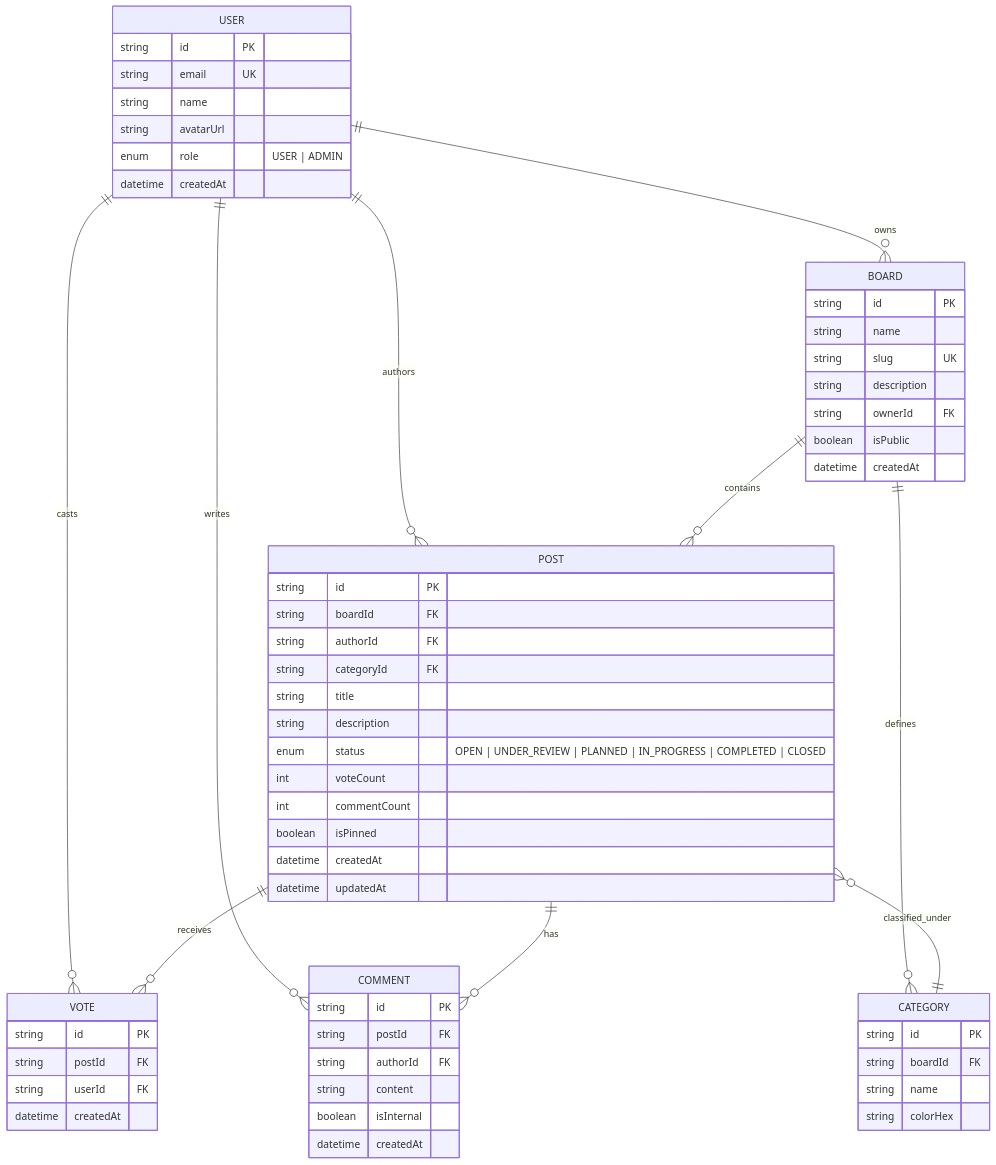
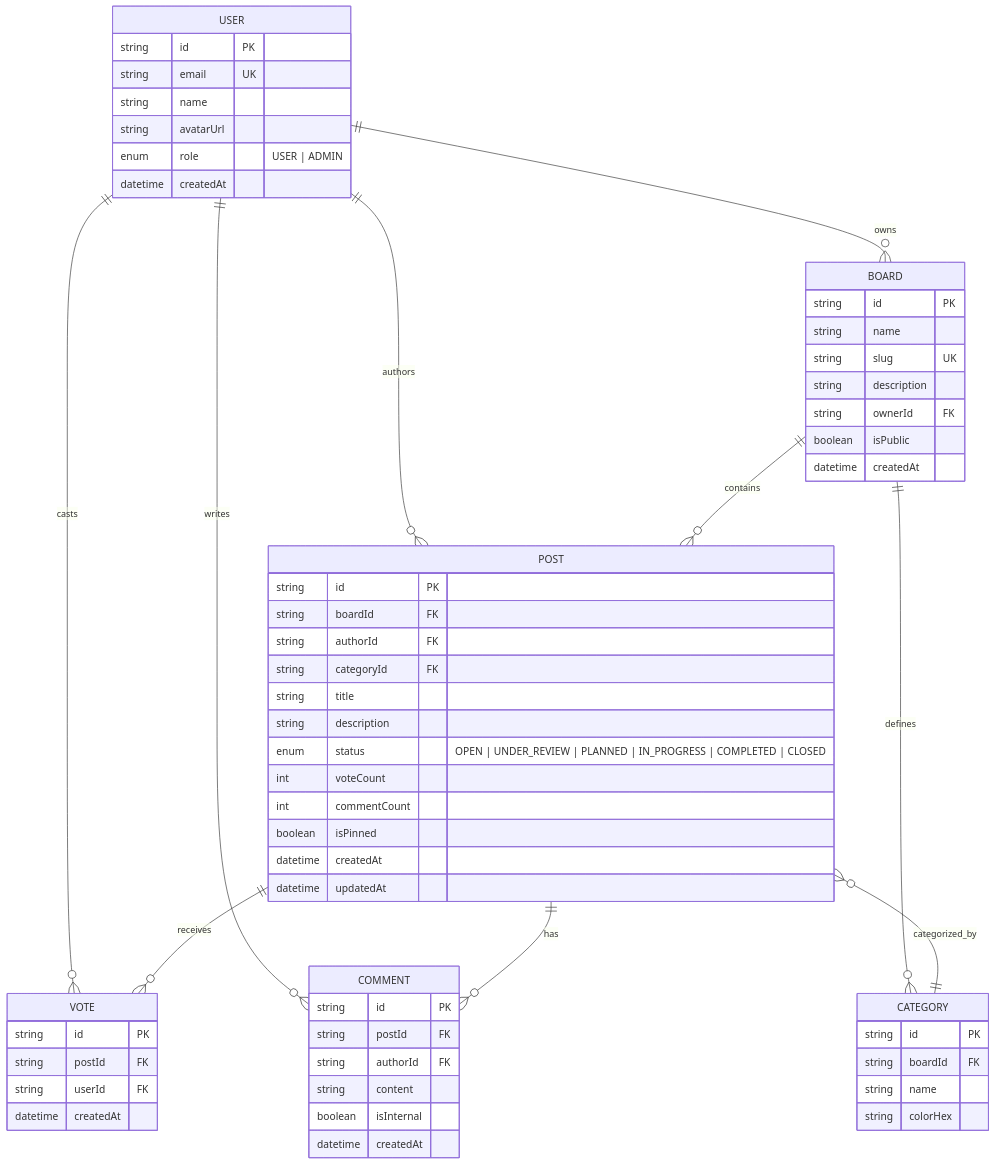
The second of 3 diagrams in README.md (Geetansh005/SWYNEX-Project-Architecture), drawn with Mermaid before and after one commit. The commit also changed other lines of this file, not shown here.

Commit message:
docs: enrich project architecture README with complete specs, diagrams, and setup instructions

````diff
--- a/README.md
+++ b/README.md
@@ -70,71 +118,71 @@
 ```mermaid
 erDiagram
     USER ||--o{ BOARD : "owns"
     USER ||--o{ POST : "authors"
     USER ||--o{ VOTE : "casts"
     USER ||--o{ COMMENT : "writes"
 
     BOARD ||--o{ POST : "contains"
     BOARD ||--o{ CATEGORY : "defines"
 
     POST ||--o{ VOTE : "receives"
     POST ||--o{ COMMENT : "has"
-    POST }o--|| CATEGORY : "classified_under"
+    POST }o--|| CATEGORY : "categorized_by"
 
     USER {
         string id PK
         string email UK
         string name
         string avatarUrl
         enum role "USER | ADMIN"
         datetime createdAt
     }
 
     BOARD {
         string id PK
         string name
         string slug UK
         string description
         string ownerId FK
         boolean isPublic
         datetime createdAt
     }
 
     CATEGORY {
         string id PK
         string boardId FK
         string name
         string colorHex
     }
 
     POST {
         string id PK
         string boardId FK
         string authorId FK
         string categoryId FK
         string title
         string description
         enum status "OPEN | UNDER_REVIEW | PLANNED | IN_PROGRESS | COMPLETED | CLOSED"
         int voteCount
         int commentCount
         boolean isPinned
         datetime createdAt
         datetime updatedAt
     }
 
     VOTE {
         string id PK
         string postId FK
         string userId FK
         datetime createdAt
     }
 
     COMMENT {
         string id PK
         string postId FK
         string authorId FK
         string content
         boolean isInternal
         datetime createdAt
     }
 ```
````
